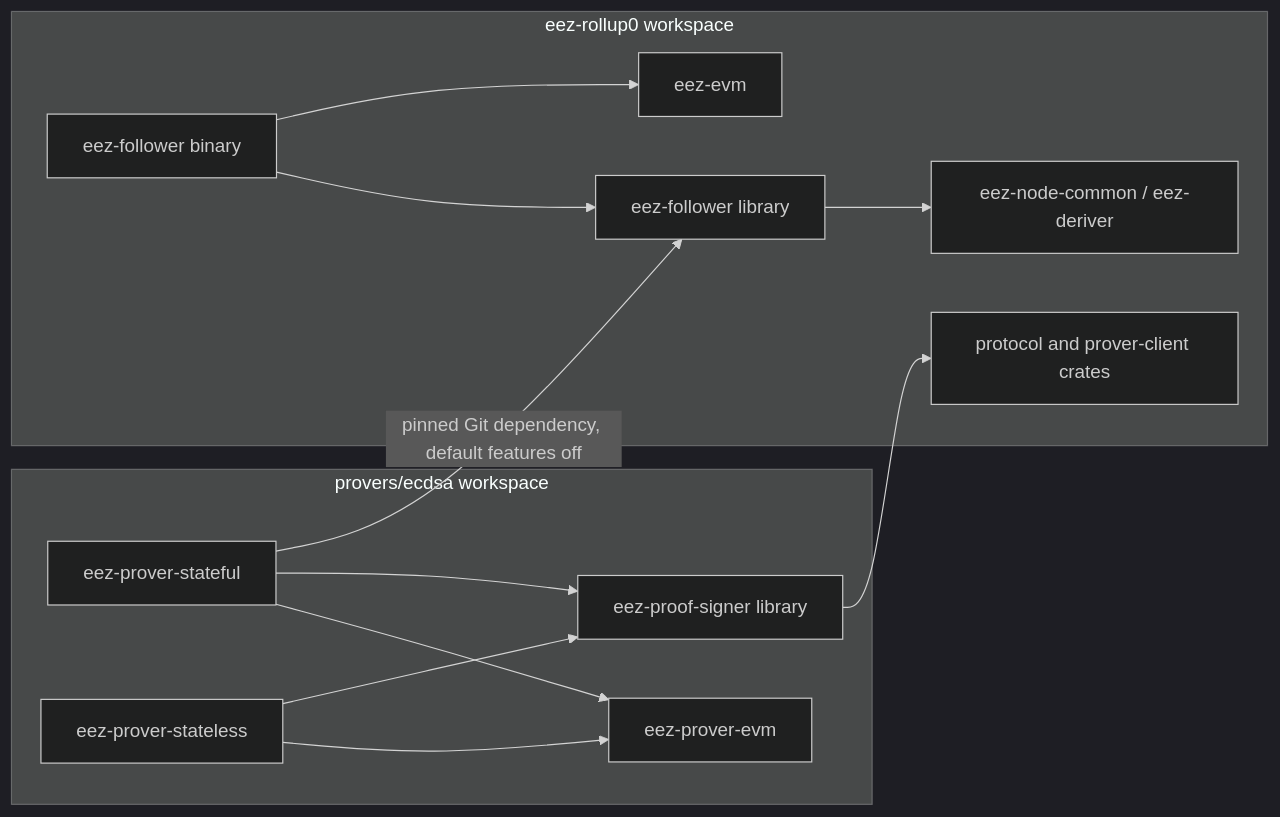
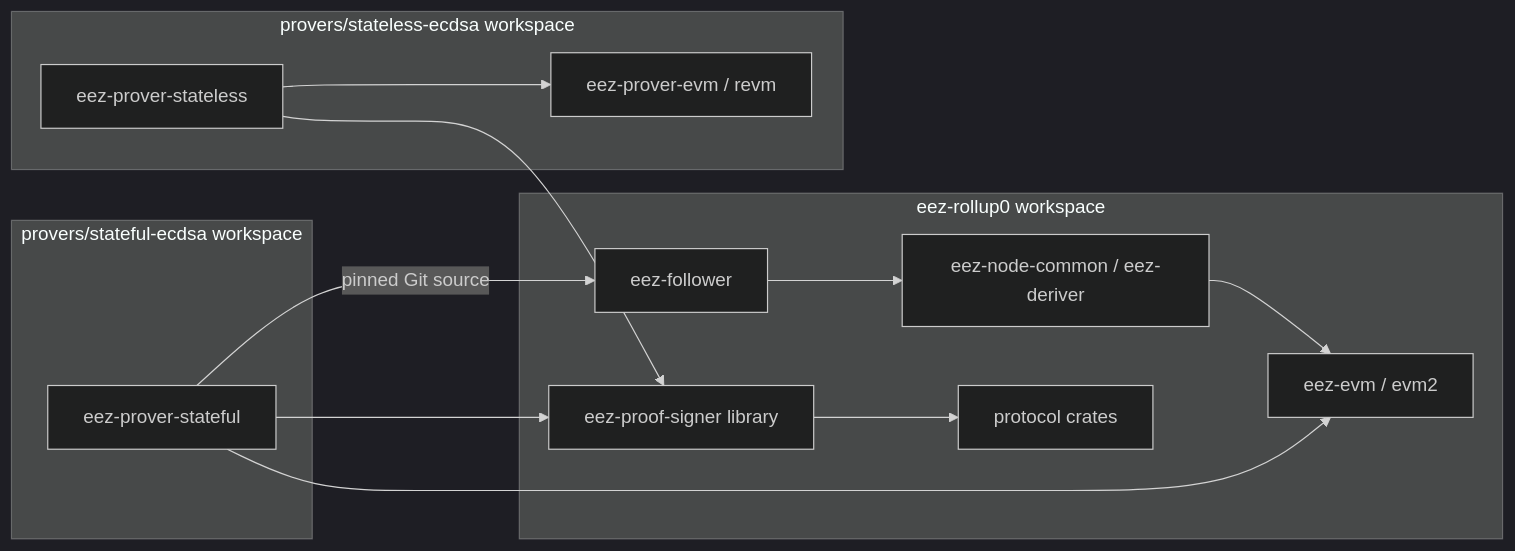
The diagram in docs/provers.md (eez-association/eez-rollup0), drawn with Mermaid (dark theme) before and after one commit. The commit also changed other lines of this file and 6 other files, not shown here.

Commit message:
build(provers): integrate separate stateful and stateless workspaces

````diff
--- a/docs/provers.md
+++ b/docs/provers.md
@@ -19,17 +23,18 @@
 ```mermaid
 flowchart LR
-  subgraph rollup[eez-rollup0 workspace]
-    F[eez-follower binary] --> FL[eez-follower library]
-    F --> NE[eez-evm]
-    FL --> NC[eez-node-common / eez-deriver]
-    P[protocol and prover-client crates]
+  subgraph root[eez-rollup0 workspace]
+    F[eez-follower] --> NC[eez-node-common / eez-deriver]
+    NC --> E[eez-evm / evm2]
+    PS[eez-proof-signer library] --> P[protocol crates]
   end
-  subgraph provers[provers/ecdsa workspace]
-    SF[eez-prover-stateful] --> PE[eez-prover-evm]
-    SL[eez-prover-stateless] --> PE
-    SF --> PS[eez-proof-signer library]
-    SL --> PS
+  subgraph stateful[provers/stateful-ecdsa workspace]
+    SF[eez-prover-stateful]
   end
-  SF -->|pinned Git dependency, default features off| FL
-  PS --> P
+  subgraph stateless[provers/stateless-ecdsa workspace]
+    SL[eez-prover-stateless] --> PE[eez-prover-evm / revm]
+  end
+  SF -->|pinned Git source| F
+  SF --> E
+  SF --> PS
+  SL --> PS
 ```
````
